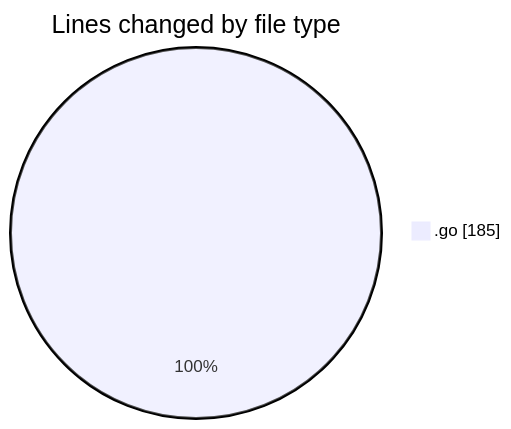
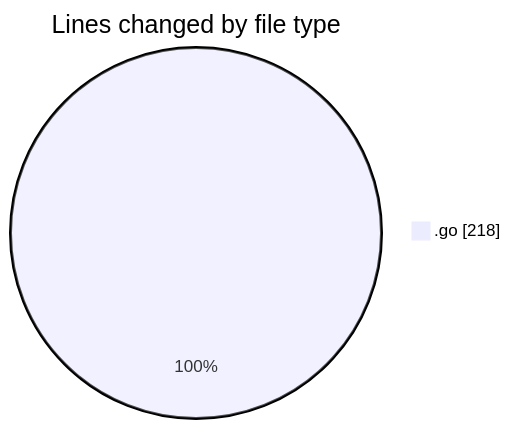
The first of 2 diagrams in 2025-03-06/termonied_testador/README.md (robertbonfada/code-tracking), drawn with Mermaid before and after one commit. The commit also changed other lines of this file and 1 other file, not shown here.

````diff
--- a/2025-03-06/termonied_testador/README.md
+++ b/2025-03-06/termonied_testador/README.md
@@ -20,5 +20,5 @@
 ```mermaid
 pie showData
 title Lines changed by file type
-".go" : 185
+".go" : 218
 ```
````
